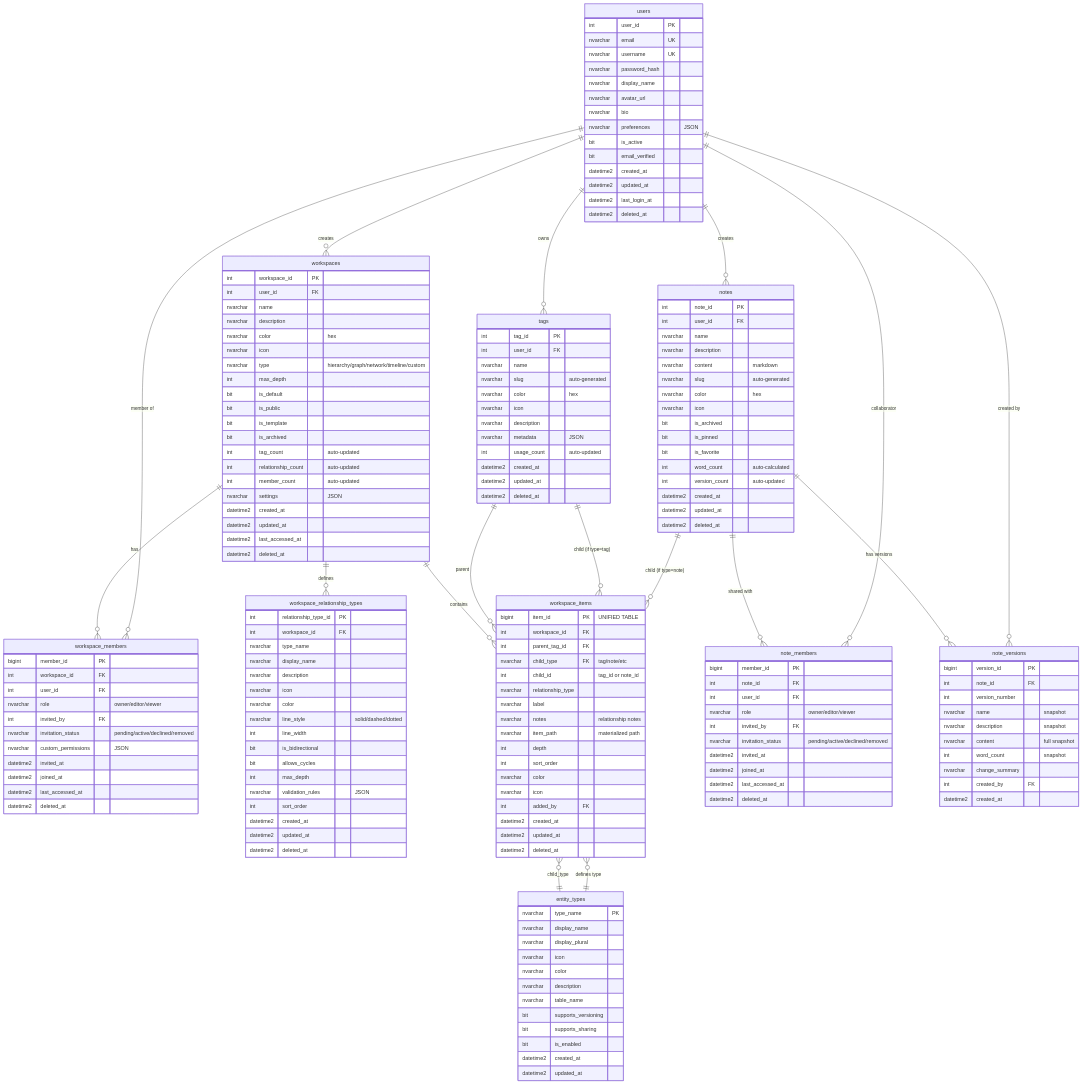
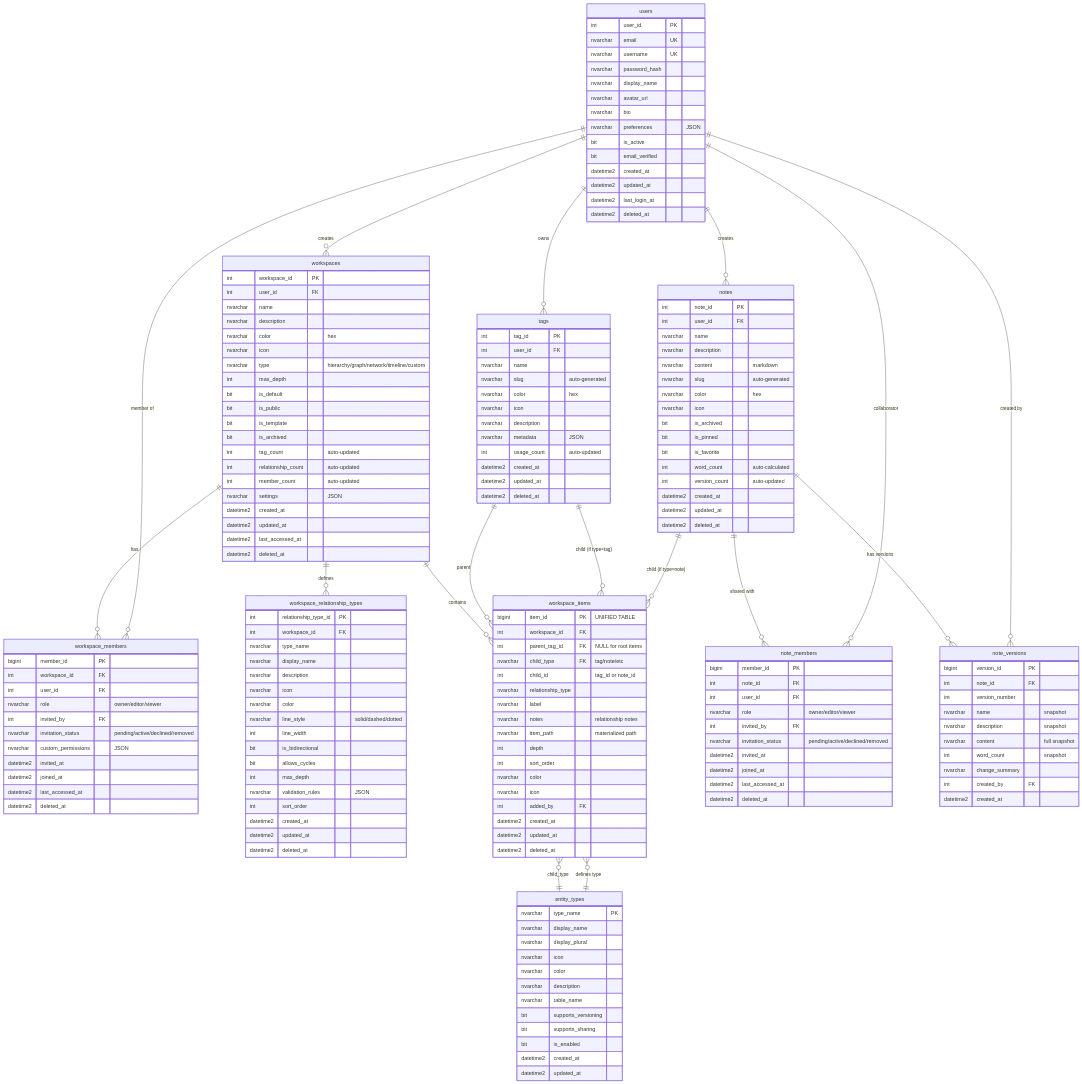
The diagram in docs/DATABASE-CURRENT/ERD-DIAGRAM.md (tungtuoitan/timeline), drawn with Mermaid before and after one commit. The commit also changed other lines of this file and 36 other files, not shown here.

```diff
--- a/docs/DATABASE-CURRENT/ERD-DIAGRAM.md
+++ b/docs/DATABASE-CURRENT/ERD-DIAGRAM.md
@@ -147,7 +147,7 @@
     workspace_items {
         bigint item_id PK "UNIFIED TABLE"
         int workspace_id FK
-        int parent_tag_id FK
+        int parent_tag_id FK "NULL for root items"
         nvarchar child_type FK "tag/note/etc"
         int child_id "tag_id or note_id"
         nvarchar relationship_type
```
